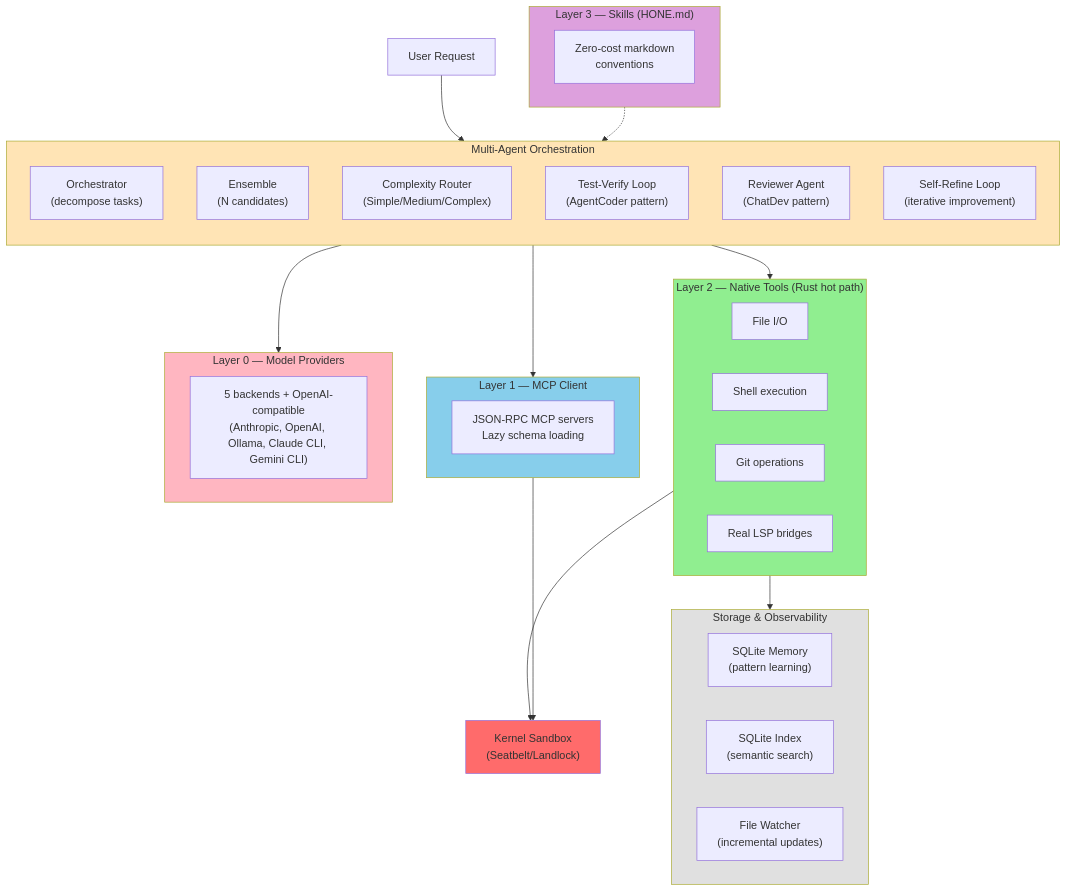
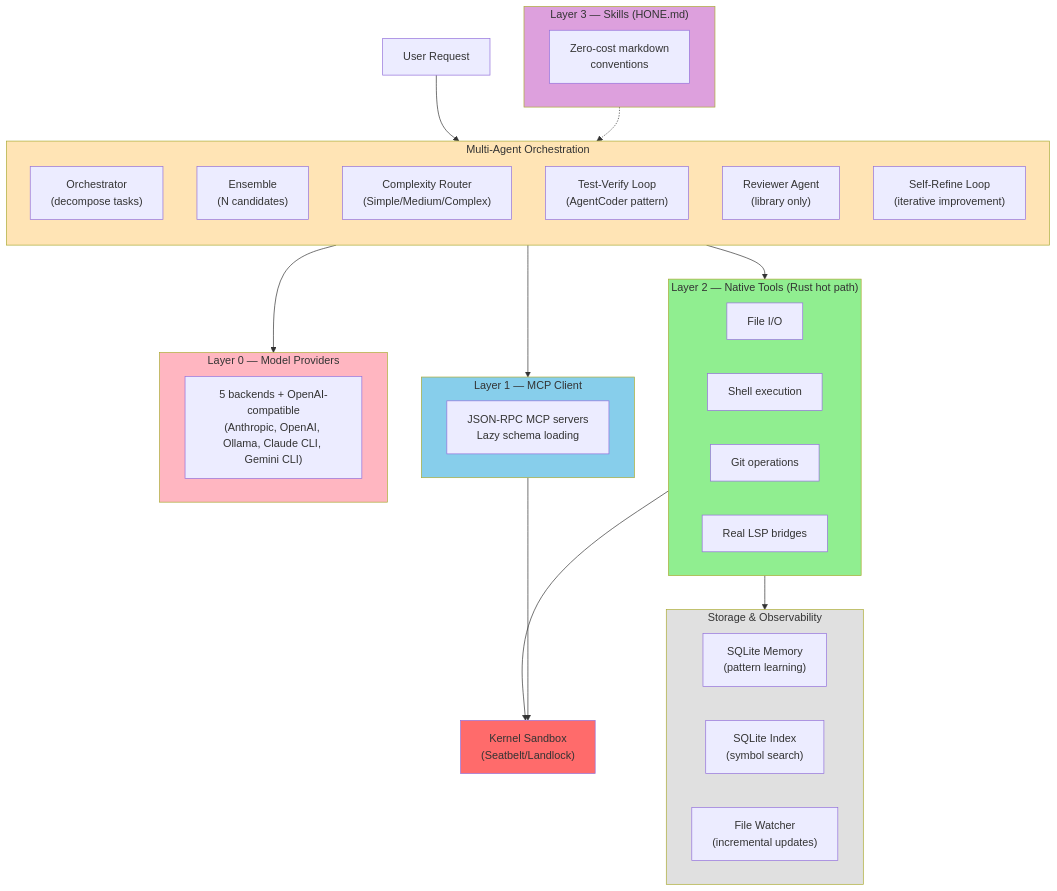
Before and after one commit to wojciechkpl/hone: the third of 3 diagrams in README.md, drawn with Mermaid. The commit also changed other lines of this file and 9 other files, not shown here.

````diff
--- a/README.md
+++ b/README.md
@@ -846,62 +846,62 @@
 ```mermaid
 graph TB
     User["User Request"]
     
     subgraph MultiAgent["Multi-Agent Orchestration"]
         direction TB
         Orch["Orchestrator<br/>(decompose tasks)"]
         Ensemble["Ensemble<br/>(N candidates)"]
         Router["Complexity Router<br/>(Simple/Medium/Complex)"]
         TestLoop["Test-Verify Loop<br/>(AgentCoder pattern)"]
-        Reviewer["Reviewer Agent<br/>(ChatDev pattern)"]
+        Reviewer["Reviewer Agent<br/>(library only)"]
         SelfRefine["Self-Refine Loop<br/>(iterative improvement)"]
     end
 
     subgraph L3["Layer 3 — Skills (HONE.md)"]
         direction LR
         HM["Zero-cost markdown\nconventions"]
     end
 
     subgraph L2["Layer 2 — Native Tools (Rust hot path)"]
         direction LR
         FIO["File I/O"]
         Shell["Shell execution"]
         Git["Git operations"]
         LSP["Real LSP bridges"]
     end
 
     subgraph L1["Layer 1 — MCP Client"]
         direction LR
         MCP["JSON-RPC MCP servers\nLazy schema loading"]
     end
 
     subgraph L0["Layer 0 — Model Providers"]
         direction LR
         Providers["5 backends + OpenAI-compatible<br/>(Anthropic, OpenAI, Ollama, Claude CLI, Gemini CLI)"]
     end
 
     subgraph Storage["Storage & Observability"]
         Memory["SQLite Memory<br/>(pattern learning)"]
-        Index["SQLite Index<br/>(semantic search)"]
+        Index["SQLite Index<br/>(symbol search)"]
         Watcher["File Watcher<br/>(incremental updates)"]
     end
 
     Sandbox["Kernel Sandbox<br/>(Seatbelt/Landlock)"]
 
     User --> MultiAgent
     MultiAgent --> L2
     MultiAgent --> L1
     MultiAgent --> L0
     L2 --> Sandbox
     L2 --> Storage
     L1 --> Sandbox
     L3 -.-> MultiAgent
     
     style L2 fill:#90EE90
     style L1 fill:#87CEEB
     style L0 fill:#FFB6C1
     style L3 fill:#DDA0DD
     style MultiAgent fill:#FFE4B5
     style Storage fill:#E0E0E0
     style Sandbox fill:#FF6B6B
 ```
````
